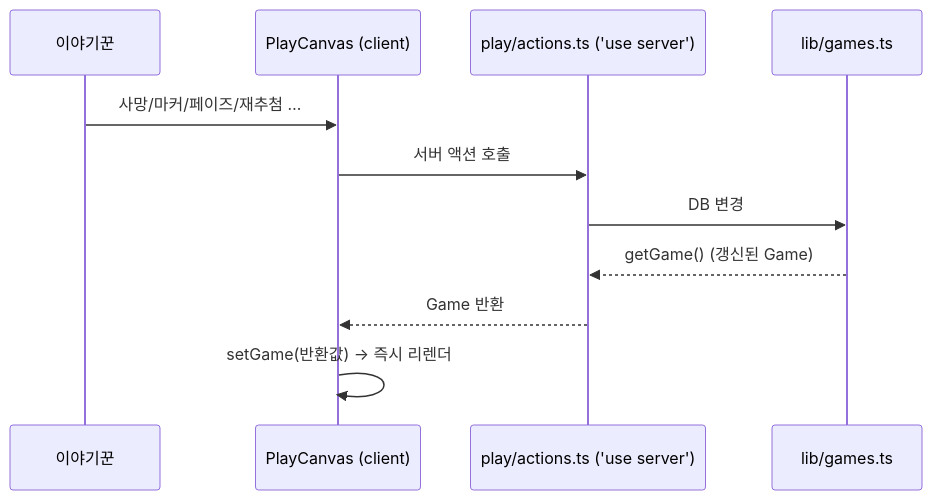
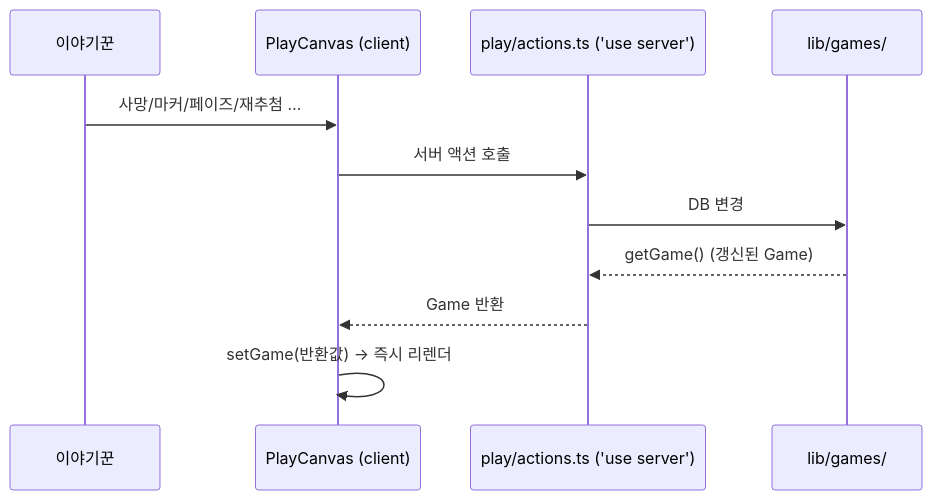
The diagram in docs/wiki/05-state-sync.md (daseul22/botc-grimoire), drawn with Mermaid before and after one commit. The commit also changed 6 other files, not shown here.

First line of the commit message:
docs(wiki): catch up on storyteller tooling and lib/games split

````diff
--- a/docs/wiki/05-state-sync.md
+++ b/docs/wiki/05-state-sync.md
@@ -9,13 +9,13 @@
 ```mermaid
 sequenceDiagram
   participant U as 이야기꾼
   participant C as PlayCanvas (client)
   participant A as play/actions.ts ('use server')
-  participant G as lib/games.ts
+  participant G as lib/games/
   U->>C: 사망/마커/페이즈/재추첨 …
   C->>A: 서버 액션 호출
   A->>G: DB 변경
   G-->>A: getGame() (갱신된 Game)
   A-->>C: Game 반환
   C->>C: setGame(반환값) → 즉시 리렌더
 ```
````
